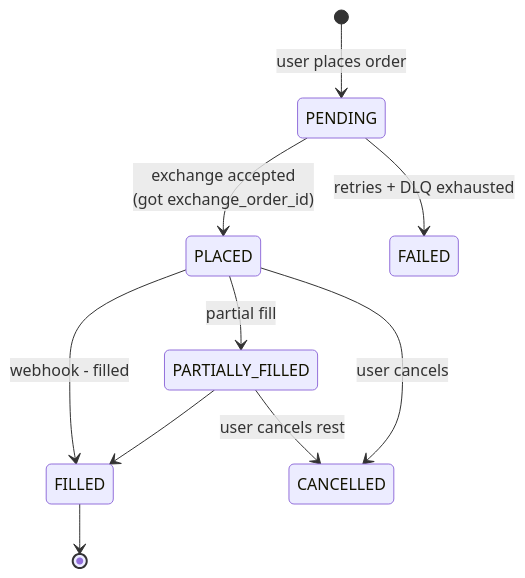
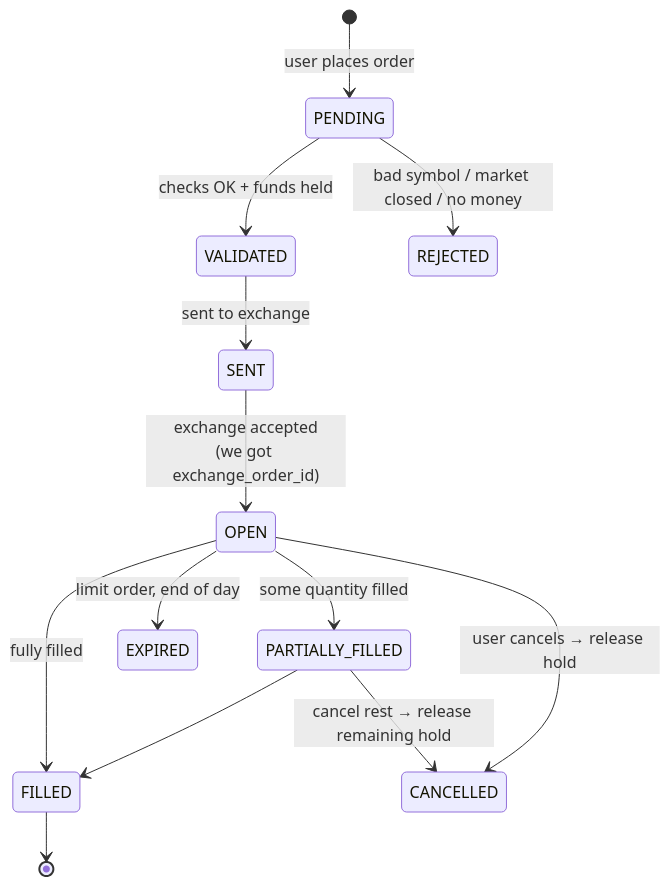
The sixth of 8 diagrams in 11_Paypay_Interview/PayPay_Securities_Design_HLD_LLD.md (someshsangwan/SDE-Vault), drawn with Mermaid before and after one commit. The commit also changed other lines of this file, not shown here.

````diff
--- a/11_Paypay_Interview/PayPay_Securities_Design_HLD_LLD.md
+++ b/11_Paypay_Interview/PayPay_Securities_Design_HLD_LLD.md
@@ -278,12 +265,15 @@
 ```mermaid
 stateDiagram-v2
     [*] --> PENDING: user places order
-    PENDING --> PLACED: exchange accepted<br/>(got exchange_order_id)
-    PENDING --> FAILED: retries + DLQ exhausted
-    PLACED --> PARTIALLY_FILLED: partial fill
+    PENDING --> VALIDATED: checks OK + funds held
+    PENDING --> REJECTED: bad symbol / market closed / no money
+    VALIDATED --> SENT: sent to exchange
+    SENT --> OPEN: exchange accepted<br/>(we got exchange_order_id)
+    OPEN --> PARTIALLY_FILLED: some quantity filled
     PARTIALLY_FILLED --> FILLED
-    PLACED --> FILLED: webhook - filled
-    PLACED --> CANCELLED: user cancels
-    PARTIALLY_FILLED --> CANCELLED: user cancels rest
+    OPEN --> FILLED: fully filled
+    OPEN --> CANCELLED: user cancels → release hold
+    PARTIALLY_FILLED --> CANCELLED: cancel rest → release remaining hold
+    OPEN --> EXPIRED: limit order, end of day
     FILLED --> [*]
 ```
````
